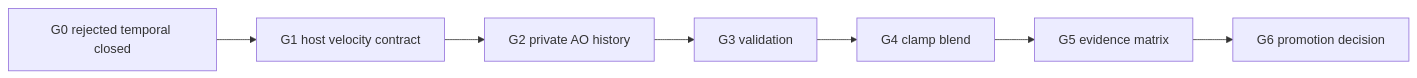
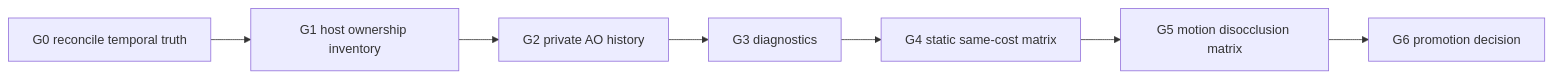
One commit to tonyblu331/HorizonAO changed the diagram in openspec/changes/vbao-velocity-temporal-ao/ultraplan.md. Above: the diagram before and after it, drawn with Mermaid. The commit also changed other lines of this file and 68 other files, not shown here.

Commit message:
feat(vbao): add temporal evidence and drift triage

````diff
--- a/openspec/changes/vbao-velocity-temporal-ao/ultraplan.md
+++ b/openspec/changes/vbao-velocity-temporal-ao/ultraplan.md
@@ -24,12 +77,12 @@
 ```mermaid
 flowchart LR
-  G0["G0 rejected temporal closed"]
-  G1["G1 host velocity contract"]
+  G0["G0 reconcile temporal truth"]
+  G1["G1 host ownership inventory"]
   G2["G2 private AO history"]
-  G3["G3 validation"]
-  G4["G4 clamp blend"]
-  G5["G5 evidence matrix"]
+  G3["G3 diagnostics"]
+  G4["G4 static same-cost matrix"]
+  G5["G5 motion disocclusion matrix"]
   G6["G6 promotion decision"]
 
   G0 --> G1 --> G2 --> G3 --> G4 --> G5 --> G6
 ```
````
